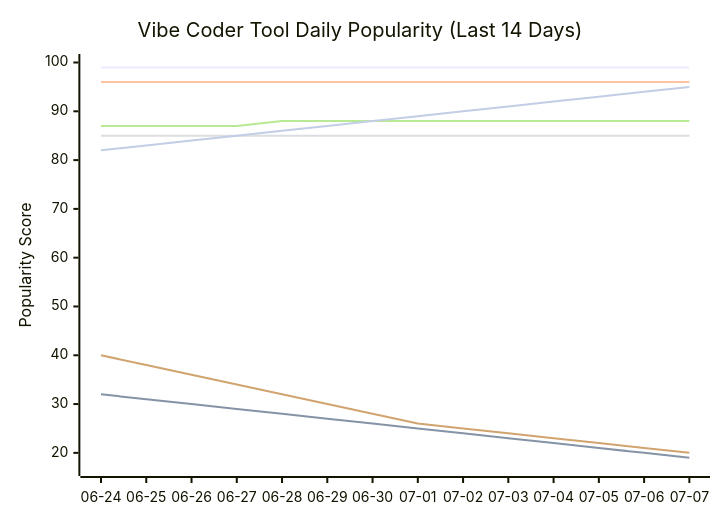
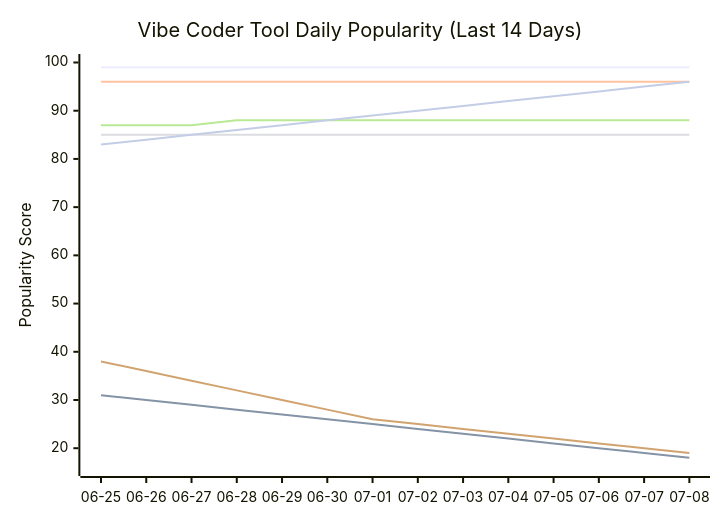
Before and after one commit to tykimos/ai-whatchelin: the seventh of 11 diagrams in README.md, drawn with Mermaid. The commit also changed other lines of this file and 4 other files, not shown here.

````diff
--- a/README.md
+++ b/README.md
@@ -1890,13 +1899,13 @@
 ```mermaid
 xychart-beta
     title "Vibe Coder Tool Daily Popularity (Last 14 Days)"
-    x-axis ["06-24", "06-25", "06-26", "06-27", "06-28", "06-29", "06-30", "07-01", "07-02", "07-03", "07-04", "07-05", "07-06", "07-07"]
-    y-axis "Popularity Score" 17 --> 100
+    x-axis ["06-25", "06-26", "06-27", "06-28", "06-29", "06-30", "07-01", "07-02", "07-03", "07-04", "07-05", "07-06", "07-07", "07-08"]
+    y-axis "Popularity Score" 16 --> 100
     line "Claude Code" [99, 99, 99, 99, 99, 99, 99, 99, 99, 99, 99, 99, 99, 99]
-    line "GH Copilot" [32, 31, 30, 29, 28, 27, 26, 25, 24, 23, 22, 21, 20, 19]
+    line "GH Copilot" [31, 30, 29, 28, 27, 26, 25, 24, 23, 22, 21, 20, 19, 18]
     line "Cursor" [96, 96, 96, 96, 96, 96, 96, 96, 96, 96, 96, 96, 96, 96]
     line "Windsurf" [85, 85, 85, 85, 85, 85, 85, 85, 85, 85, 85, 85, 85, 85]
-    line "Codex CLI" [87, 87, 87, 87, 88, 88, 88, 88, 88, 88, 88, 88, 88, 88]
-    line "Gemini CLI" [40, 38, 36, 34, 32, 30, 28, 26, 25, 24, 23, 22, 21, 20]
-    line "Antigravity" [82, 83, 84, 85, 86, 87, 88, 89, 90, 91, 92, 93, 94, 95]
+    line "Codex CLI" [87, 87, 87, 88, 88, 88, 88, 88, 88, 88, 88, 88, 88, 88]
+    line "Gemini CLI" [38, 36, 34, 32, 30, 28, 26, 25, 24, 23, 22, 21, 20, 19]
+    line "Antigravity" [83, 84, 85, 86, 87, 88, 89, 90, 91, 92, 93, 94, 95, 96]
 ```
````
